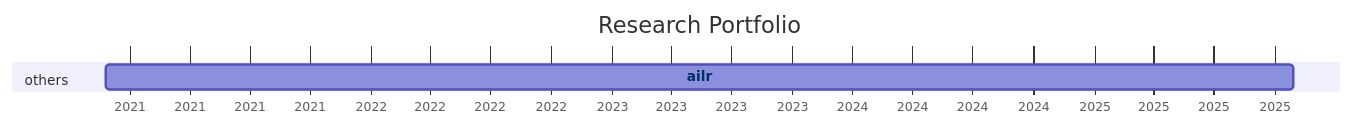
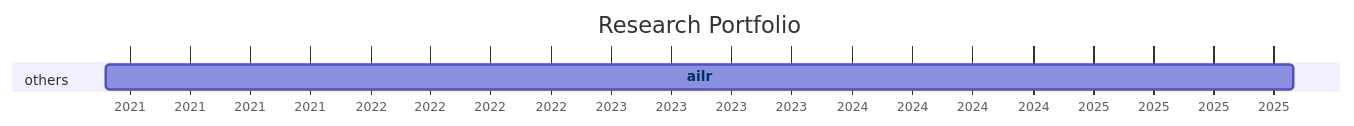
The diagram in docs/20-research/25-projects-gantt.md (digital-work-lab/handbook), drawn with Mermaid before and after one commit.

Commit message:
Update repository overview

````diff
--- a/docs/20-research/25-projects-gantt.md
+++ b/docs/20-research/25-projects-gantt.md
@@ -8,21 +8,21 @@
 ```mermaid
 ---
 displayMode: compact
 ---
 gantt
 title Research Portfolio
 dateFormat YYYY-MM-DD
 axisFormat %Y
 
     section work_practices
 
     section distributed_organizing
 
     section knowledge_synthesis
 
     section others
-        ailr :ailr, 2020-11-26, 2025-10-30
+        ailr :ailr, 2020-11-26, 2025-10-31
 
 
     click ailr href "{{ site.baseurl }}/docs/10-lab/18-resources/ailr.html"
 ```
````
